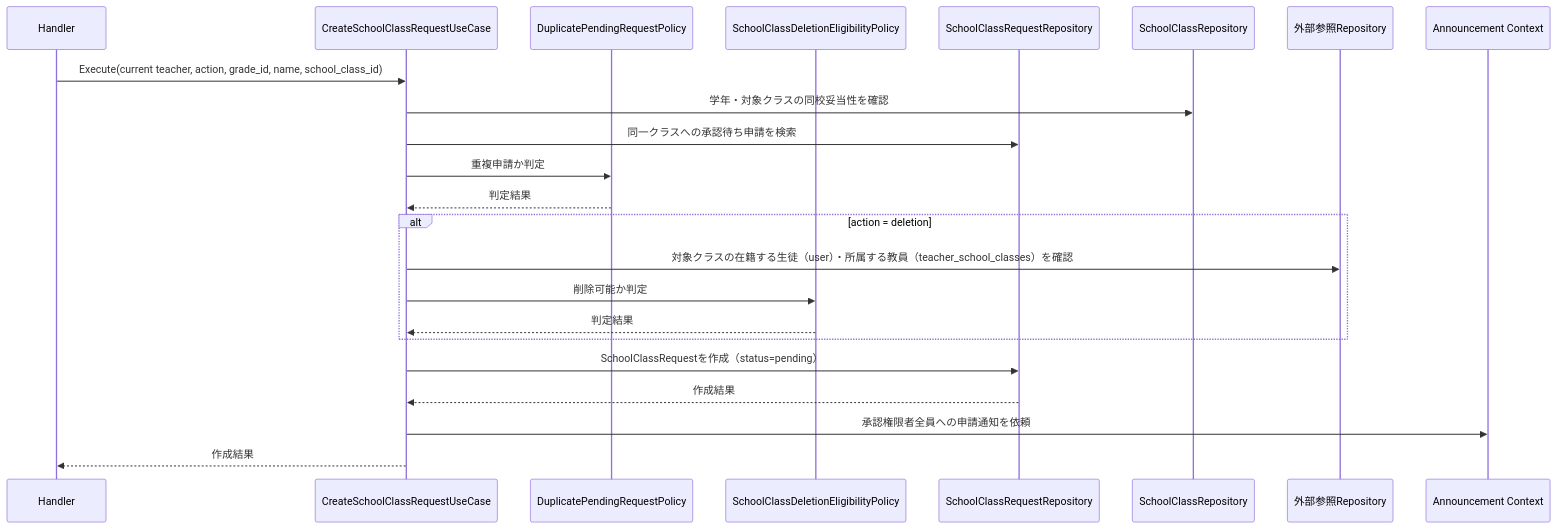
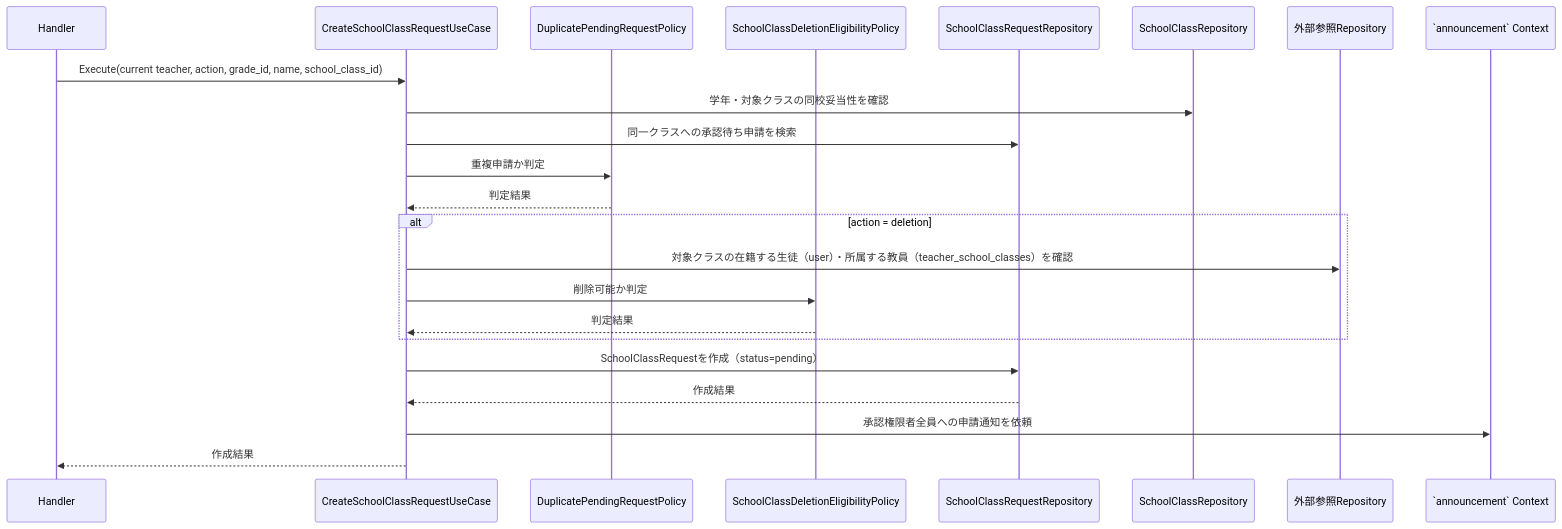
Before and after one commit to yuta20253/edu-platform-go-design: the third of 5 diagrams in 計画書/GO移行・設計仕様書/クラス編成機能_Go移行・設計仕様書.md, drawn with Mermaid. The commit also changed other lines of this file and 46 other files, not shown here.

````diff
--- a/計画書/GO移行・設計仕様書/クラス編成機能_Go移行・設計仕様書.md
+++ b/計画書/GO移行・設計仕様書/クラス編成機能_Go移行・設計仕様書.md
@@ -386,26 +386,26 @@
 ```mermaid
 sequenceDiagram
     participant H as Handler
     participant U as CreateSchoolClassRequestUseCase
     participant DP as DuplicatePendingRequestPolicy
     participant DEP as SchoolClassDeletionEligibilityPolicy
     participant CR as SchoolClassRequestRepository
     participant SR as SchoolClassRepository
     participant XR as 外部参照Repository
-    participant AC as Announcement Context
+    participant AC as `announcement` Context
 
     H->>U: Execute(current teacher, action, grade_id, name, school_class_id)
     U->>SR: 学年・対象クラスの同校妥当性を確認
     U->>CR: 同一クラスへの承認待ち申請を検索
     U->>DP: 重複申請か判定
     DP-->>U: 判定結果
     alt action = deletion
         U->>XR: 対象クラスの在籍する生徒（user）・所属する教員（teacher_school_classes）を確認
         U->>DEP: 削除可能か判定
         DEP-->>U: 判定結果
     end
     U->>CR: SchoolClassRequestを作成（status=pending）
     CR-->>U: 作成結果
     U->>AC: 承認権限者全員への申請通知を依頼
     U-->>H: 作成結果
 ```
````
